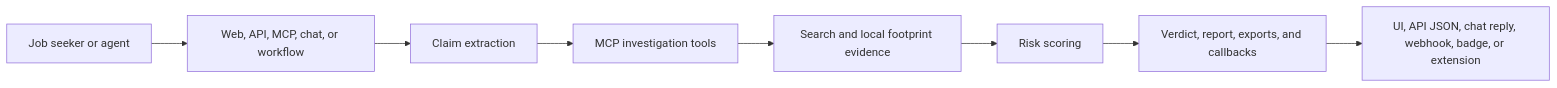
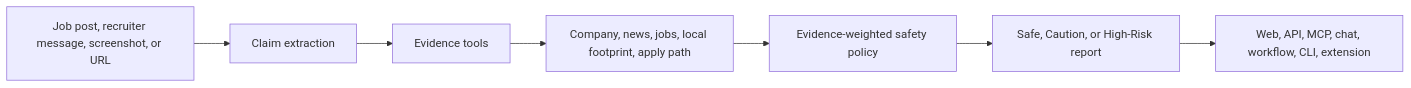
The diagram in README.md (Iron-Mark/hackathon-v0-zero_to_agent), drawn with Mermaid before and after one commit. The commit also changed other lines of this file and 1 other file, not shown here.

````diff
--- a/README.md
+++ b/README.md
@@ -504,10 +80,9 @@
 ```mermaid
 flowchart LR
-  User[Job seeker or agent] --> Input[Web, API, MCP, chat, or workflow]
-  Input --> Claims[Claim extraction]
-  Claims --> Tools[MCP investigation tools]
-  Tools --> Evidence[Search and local footprint evidence]
-  Evidence --> Score[Risk scoring]
-  Score --> Report[Verdict, report, exports, and callbacks]
-  Report --> Surfaces[UI, API JSON, chat reply, webhook, badge, or extension]
+  Input[Job post, recruiter message, screenshot, or URL] --> Claims[Claim extraction]
+  Claims --> Tools[Evidence tools]
+  Tools --> Signals[Company, news, jobs, local footprint, apply path]
+  Signals --> Policy[Evidence-weighted safety policy]
+  Policy --> Report[Safe, Caution, or High-Risk report]
+  Report --> Surfaces[Web, API, MCP, chat, workflow, CLI, extension]
 ```
````
